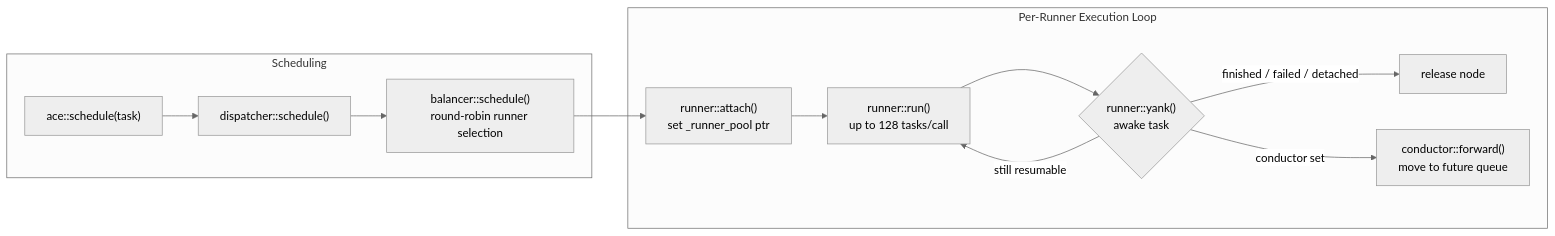
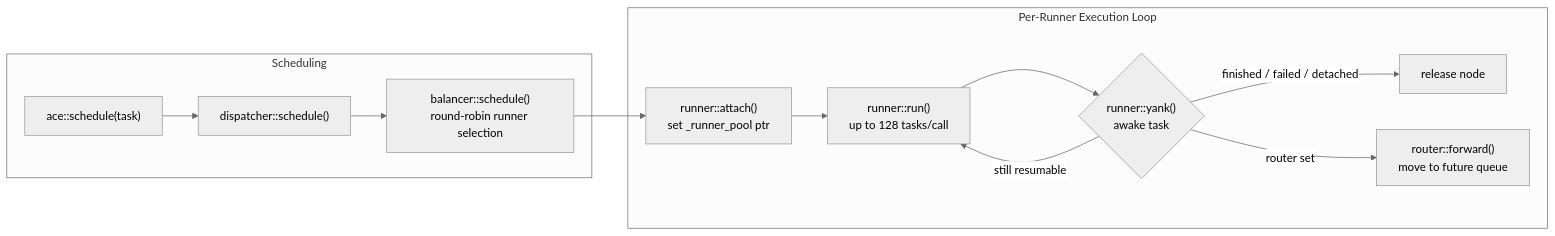
The third of 8 diagrams in README.md (OnionSpirit/ace), drawn with Mermaid (neutral theme) before and after one commit. The commit also changed other lines of this file and 15 other files, not shown here.

````diff
--- a/README.md
+++ b/README.md
@@ -180,16 +180,16 @@
 ```mermaid
 flowchart LR
     subgraph Scheduling
         A["ace::schedule(task)"] --> B["dispatcher::schedule()"]
         B --> C["balancer::schedule()\nround-robin runner selection"]
     end
 
     subgraph PerRunner["Per-Runner Execution Loop"]
         C --> D["runner::attach()\nset _runner_pool ptr"]
         D --> E["runner::run()\nup to 128 tasks/call"]
         E --> F{"runner::yank()\nawake task"}
         F -->|"finished / failed / detached"| G["release node"]
-        F -->|"conductor set"| H["conductor::forward()\nmove to future queue"]
+        F -->|"router set"| H["router::forward()\nmove to future queue"]
         F -->|"still resumable"| E
     end
 ```
````
